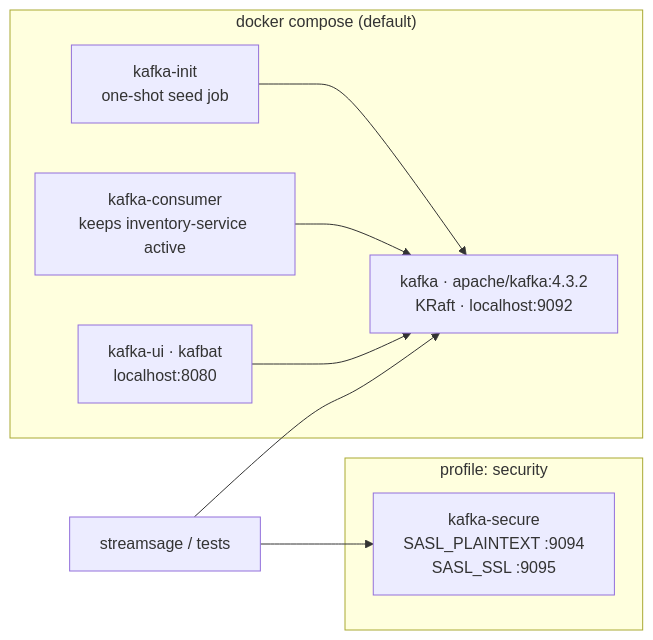
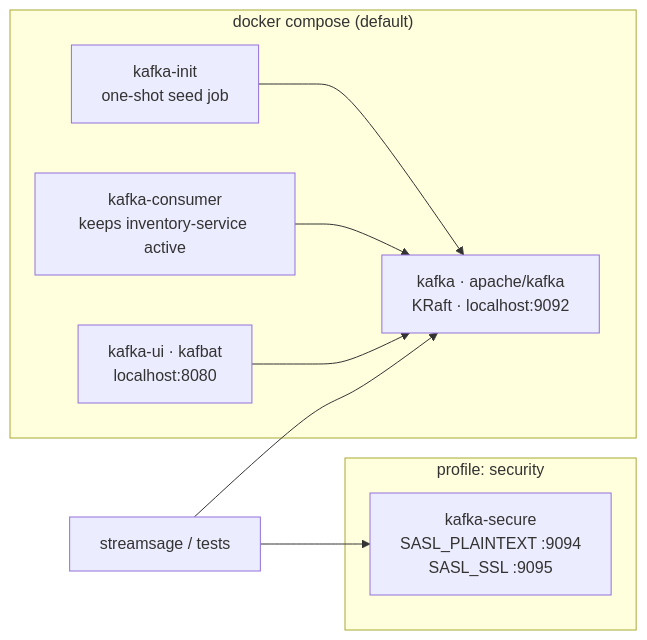
Before and after one commit to FVitor7/streamsage: the third of 3 diagrams in docs/development.md, drawn with Mermaid. The commit also changed 7 other files, not shown here.

````diff
--- a/docs/development.md
+++ b/docs/development.md
@@ -181,17 +181,17 @@
 ```mermaid
 flowchart LR
     subgraph base["docker compose (default)"]
-        k["kafka · apache/kafka:4.3.2<br/>KRaft · localhost:9092"]
+        k["kafka · apache/kafka<br/>KRaft · localhost:9092"]
         init["kafka-init<br/>one-shot seed job"]
         cons["kafka-consumer<br/>keeps inventory-service active"]
         ui["kafka-ui · kafbat<br/>localhost:8080"]
         init --> k
         cons --> k
         ui --> k
     end
     subgraph sec["profile: security"]
         ks["kafka-secure<br/>SASL_PLAINTEXT :9094<br/>SASL_SSL :9095"]
     end
     dev["streamsage / tests"] --> k
     dev --> ks
 ```
````
